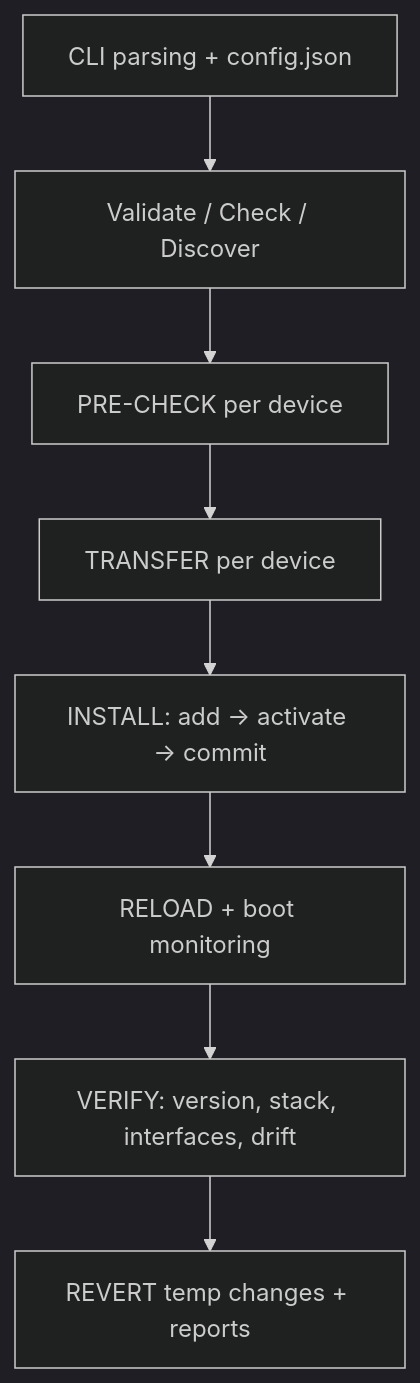
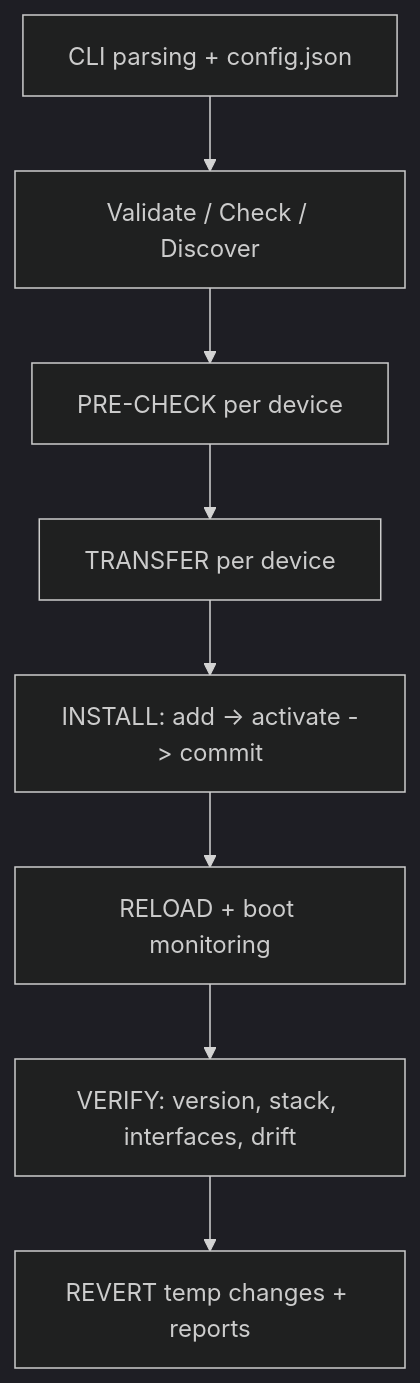
One commit to rainykarthick-crypto/cisco-xe-upgrade-orchestrator changed the diagram in docs/architecture_workflow.md. Above: the diagram before and after it, drawn with Mermaid (dark theme). The commit also changed other lines of this file and 8 other files, not shown here.

````diff
--- a/docs/architecture_workflow.md
+++ b/docs/architecture_workflow.md
@@ -30,10 +30,10 @@
 ```mermaid
 graph TD
     A[CLI parsing + config.json] --> B[Validate / Check / Discover]
     B --> C[PRE-CHECK per device]
     C --> D[TRANSFER per device]
-    D --> E[INSTALL: add → activate → commit]
+    D --> E[INSTALL: add -> activate -> commit]
     E --> F[RELOAD + boot monitoring]
     F --> G[VERIFY: version, stack, interfaces, drift]
     G --> H[REVERT temp changes + reports]
 ```
````
